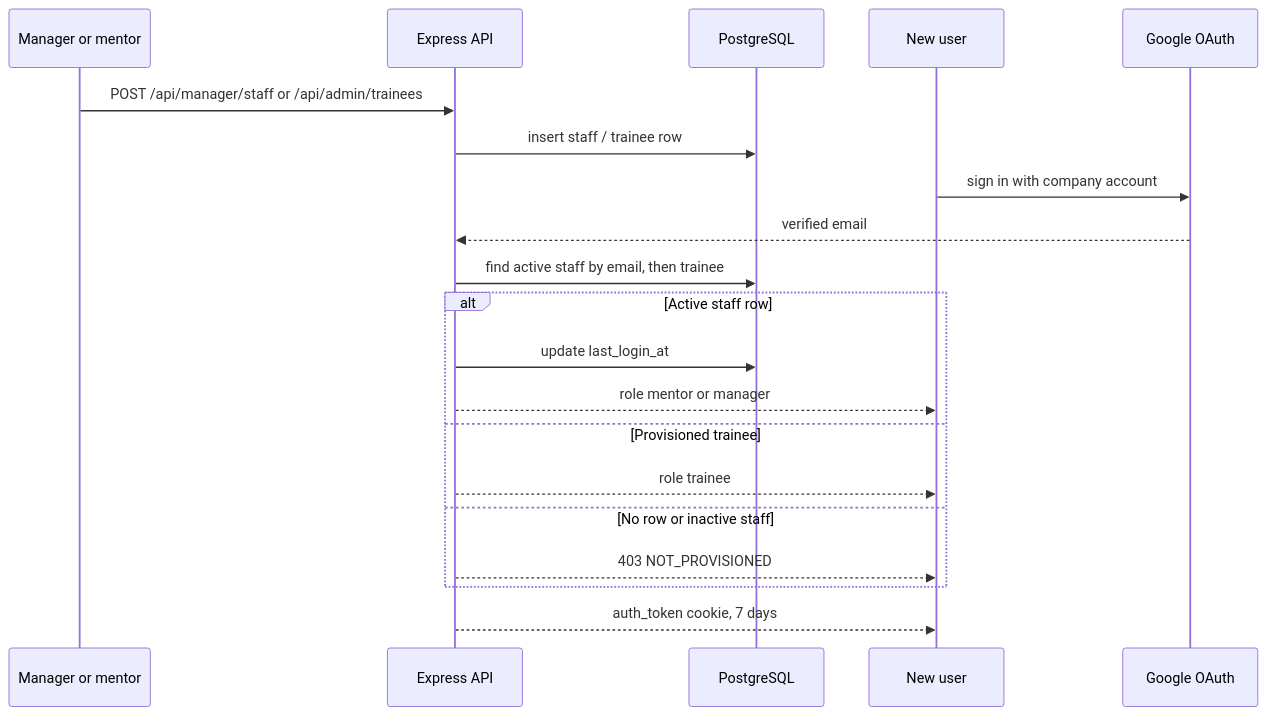
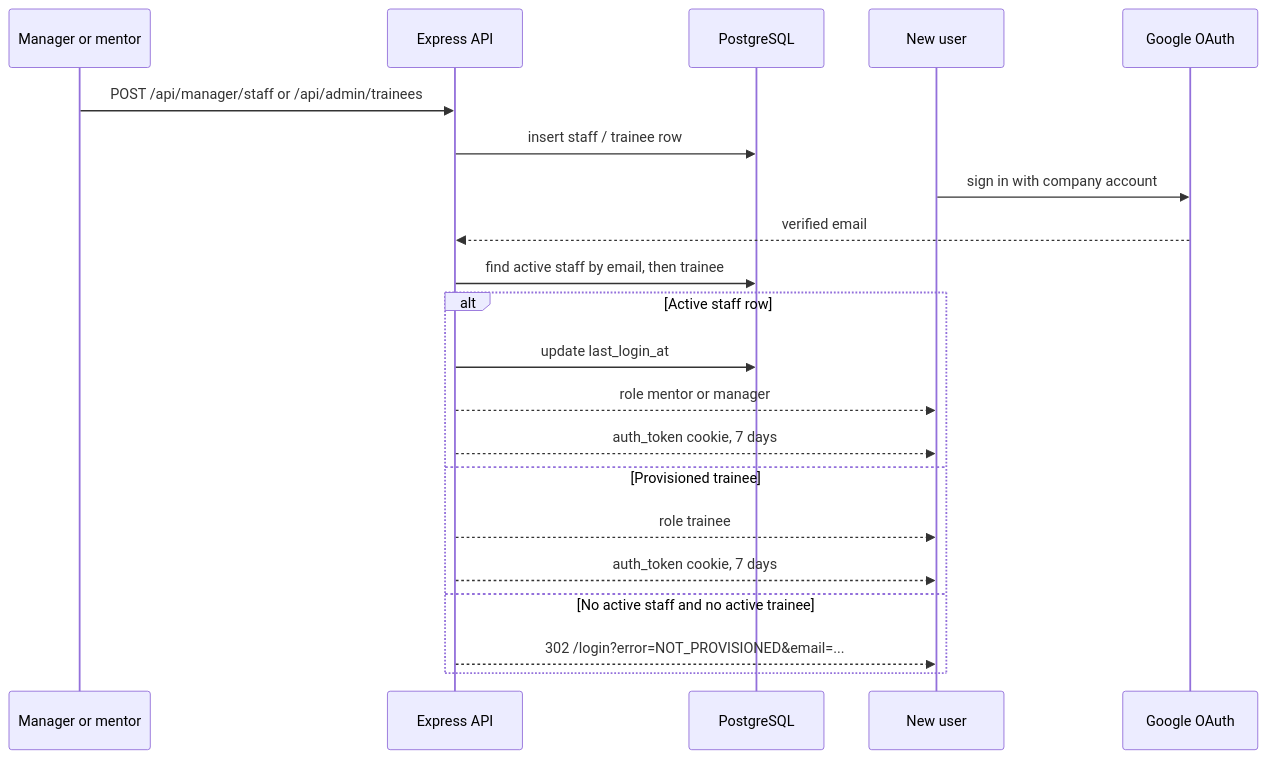
The first of 2 diagrams in docs/desktop/users.md (anjal-vonnue/vinkup-electron), drawn with Mermaid before and after one commit. The commit also changed other lines of this file, not shown here.

Commit message:
docs(users): correct auth fallthrough, analytics and relations

````diff
--- a/docs/desktop/users.md
+++ b/docs/desktop/users.md
@@ -69,22 +69,23 @@
 ```mermaid
 sequenceDiagram
   participant M as Manager or mentor
   participant API as Express API
   participant DB as PostgreSQL
   participant U as New user
   participant Google as Google OAuth
   M->>API: POST /api/manager/staff or /api/admin/trainees
   API->>DB: insert staff / trainee row
   U->>Google: sign in with company account
   Google-->>API: verified email
   API->>DB: find active staff by email, then trainee
   alt Active staff row
     API->>DB: update last_login_at
     API-->>U: role mentor or manager
+    API-->>U: auth_token cookie, 7 days
   else Provisioned trainee
     API-->>U: role trainee
-  else No row or inactive staff
-    API-->>U: 403 NOT_PROVISIONED
+    API-->>U: auth_token cookie, 7 days
+  else No active staff and no active trainee
+    API-->>U: 302 /login?error=NOT_PROVISIONED&email=...
   end
-  API-->>U: auth_token cookie, 7 days
 ```
````
